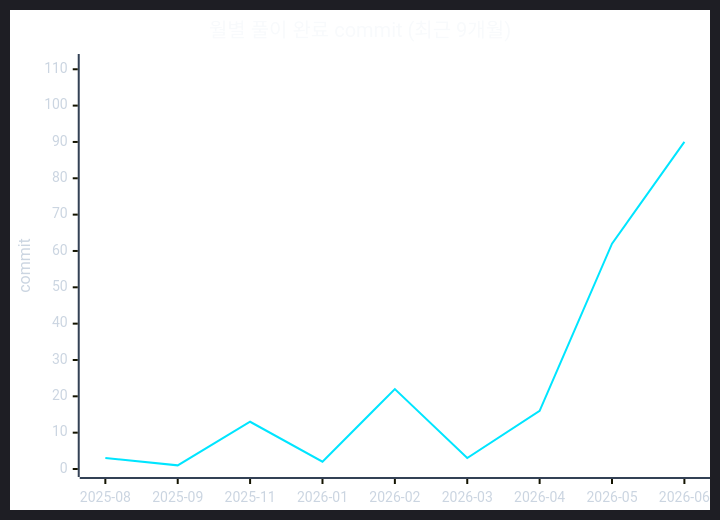
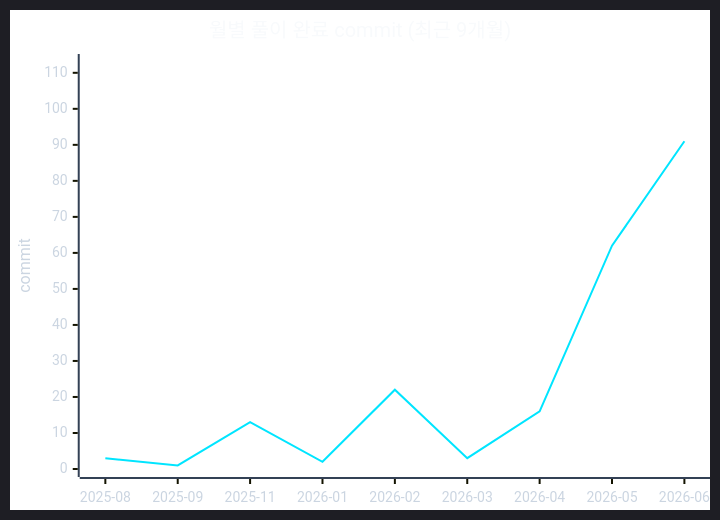
The second of 2 diagrams in readme.md (CHOOSLA/Algorithm), drawn with Mermaid before and after one commit. The commit also changed other lines of this file and 2 other files, not shown here.

````diff
--- a/readme.md
+++ b/readme.md
@@ -71,22 +71,22 @@
 ```mermaid
 ---
 config:
   theme: dark
   themeVariables:
     background: '#0d1117'
     xyChart:
       titleColor: '#f8fafc'
       xAxisLabelColor: '#cbd5e1'
       xAxisTitleColor: '#cbd5e1'
       xAxisLineColor: '#334155'
       yAxisLabelColor: '#cbd5e1'
       yAxisTitleColor: '#cbd5e1'
       yAxisLineColor: '#334155'
       plotColorPalette: '#00e5ff'
 ---
 xychart-beta
   title "월별 풀이 완료 commit (최근 9개월)"
   x-axis ["2025-08", "2025-09", "2025-11", "2026-01", "2026-02", "2026-03", "2026-04", "2026-05", "2026-06"]
-  y-axis "commit" 0 --> 112
-  line [3, 1, 13, 2, 22, 3, 16, 62, 90]
+  y-axis "commit" 0 --> 113
+  line [3, 1, 13, 2, 22, 3, 16, 62, 91]
 ```
````
